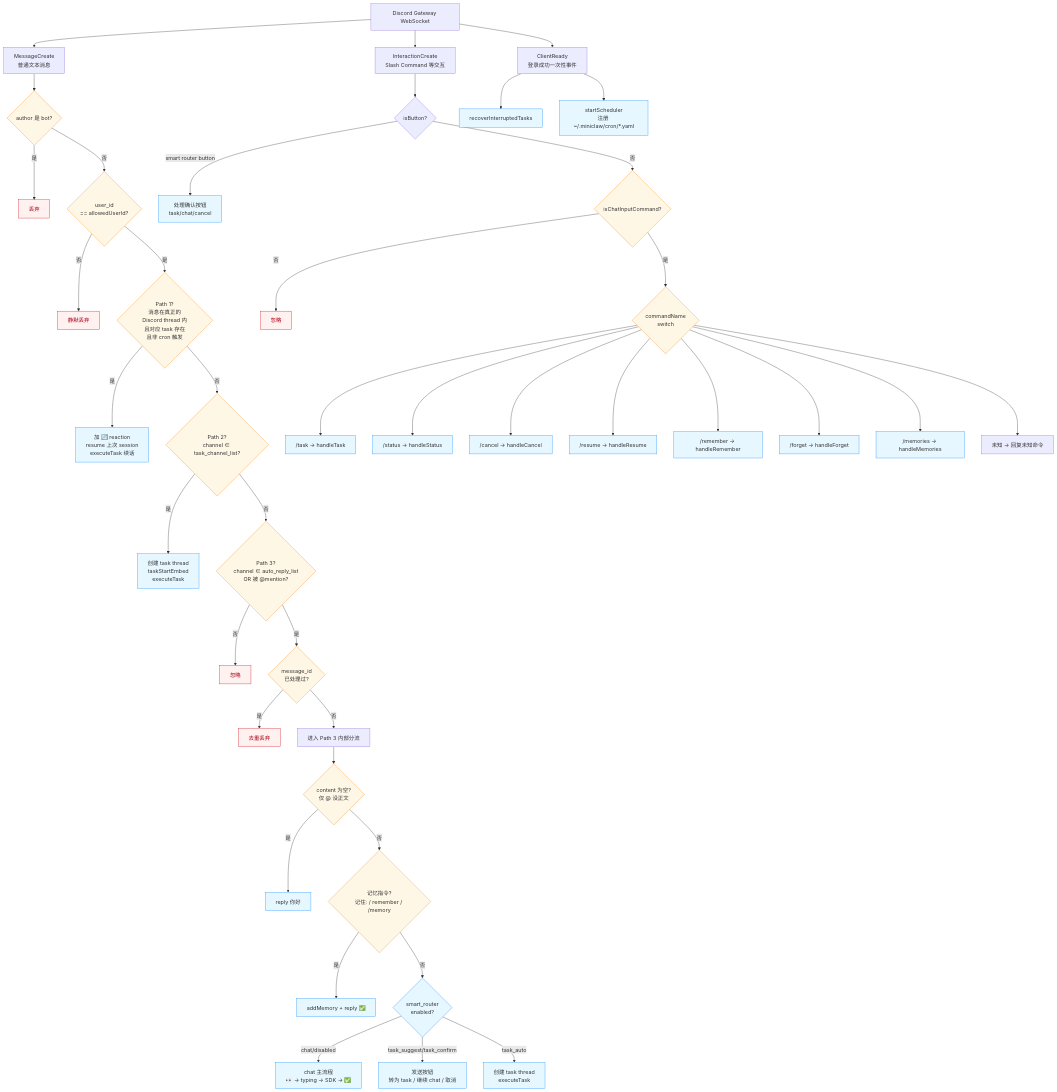
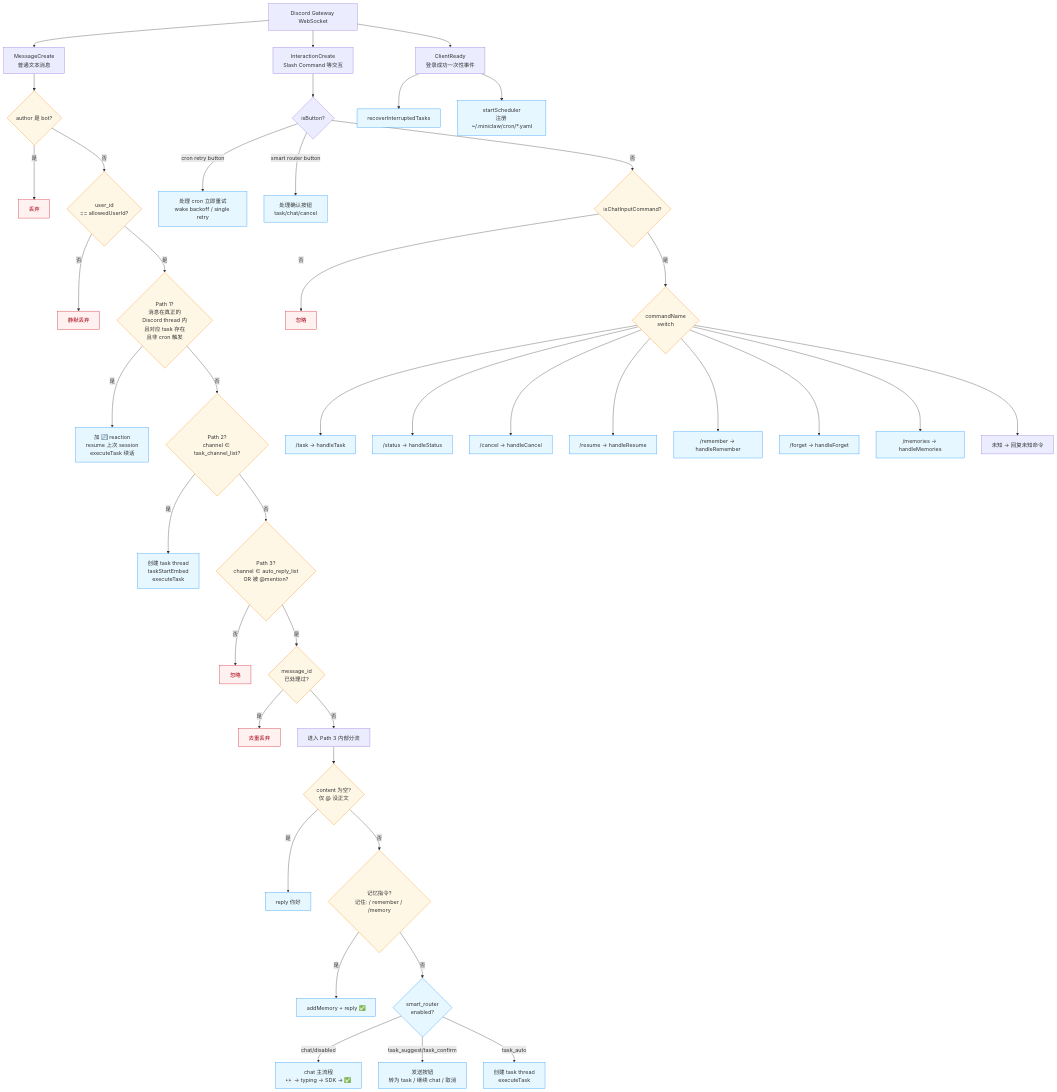
One commit to yuanyunfan/miniclaw changed the diagram in docs/bot-routing.md. Above: the diagram before and after it, drawn with Mermaid. The commit also changed other lines of this file and 10 other files, not shown here.

Commit message:
feat: add cron failure retry alerts

````diff
--- a/docs/bot-routing.md
+++ b/docs/bot-routing.md
@@ -10,56 +10,57 @@
 ```mermaid
 flowchart TD
     Discord[Discord Gateway WebSocket]
 
     Discord --> ME[MessageCreate<br/>普通文本消息]
     Discord --> IC[InteractionCreate<br/>Slash Command 等交互]
     Discord --> CR[ClientReady<br/>登录成功一次性事件]
 
     ME --> F1{author 是 bot?}
     F1 -->|是| X1[丢弃]
     F1 -->|否| F2{"user_id<br/>== allowedUserId?"}
     F2 -->|否| X2[静默丢弃]
     F2 -->|是| P1{"Path 1?<br/>消息在真正的<br/>Discord thread 内<br/>且对应 task 存在<br/>且非 cron 触发"}
 
     P1 -->|是| RES[加 🔄 reaction<br/>resume 上次 session<br/>executeTask 续话]
     P1 -->|否| TCH{"Path 2?<br/>channel ∈ task_channel_list?"}
     TCH -->|是| TASKMSG[创建 task thread<br/>taskStartEmbed<br/>executeTask]
     TCH -->|否| F3{"Path 3?<br/>channel ∈ auto_reply_list<br/>OR 被 @mention?"}
     F3 -->|否| X3[忽略]
     F3 -->|是| F4{"message_id<br/>已处理过?"}
     F4 -->|是| X4[去重丢弃]
     F4 -->|否| ROUTE[进入 Path 3 内部分流]
 
     ROUTE --> R0{"content 为空?<br/>仅 @ 没正文"}
     R0 -->|是| GREET[reply 你好]
     R0 -->|否| R1{"记忆指令?<br/>记住: / remember / /memory"}
     R1 -->|是| MEM[addMemory + reply ✅]
     R1 -->|否| SMART{smart_router<br/>enabled?}
     SMART -->|chat/disabled| CHAT[chat 主流程<br/>👀 → typing → SDK → ✅]
     SMART -->|task_suggest/task_confirm| BTN[发送按钮<br/>转为 task / 继续 chat / 取消]
     SMART -->|task_auto| AUTOTASK[创建 task thread<br/>executeTask]
 
     IC --> IB{isButton?}
+    IB -->|cron retry button| CRT[处理 cron 立即重试<br/>wake backoff / single retry]
     IB -->|smart router button| BACT[处理确认按钮<br/>task/chat/cancel]
     IB -->|否| IS{isChatInputCommand?}
     IS -->|否| X5[忽略]
     IS -->|是| SW{"commandName<br/>switch"}
     SW --> T["/task → handleTask"]
     SW --> S["/status → handleStatus"]
     SW --> C["/cancel → handleCancel"]
     SW --> RS["/resume → handleResume"]
     SW --> RM["/remember → handleRemember"]
     SW --> FG["/forget → handleForget"]
     SW --> MM["/memories → handleMemories"]
     SW --> UN["未知 → 回复未知命令"]
 
     CR --> RECOV[recoverInterruptedTasks]
     CR --> SCHED[startScheduler<br/>注册 ~/.miniclaw/cron/*.yaml]
 
     classDef filter fill:#fff7e6,stroke:#fa8c16
     classDef route fill:#e6f7ff,stroke:#1890ff
     classDef drop fill:#fff1f0,stroke:#cf1322,color:#a8071a
     class F1,F2,F3,F4,P1,TCH,R0,R1,IS,SW filter
-    class CHAT,RES,TASKMSG,MEM,GREET,SMART,BTN,AUTOTASK,BACT,T,S,C,RS,RM,FG,MM,RECOV,SCHED route
+    class CHAT,RES,TASKMSG,MEM,GREET,SMART,BTN,AUTOTASK,CRT,BACT,T,S,C,RS,RM,FG,MM,RECOV,SCHED route
     class X1,X2,X3,X4,X5 drop
 ```
````
